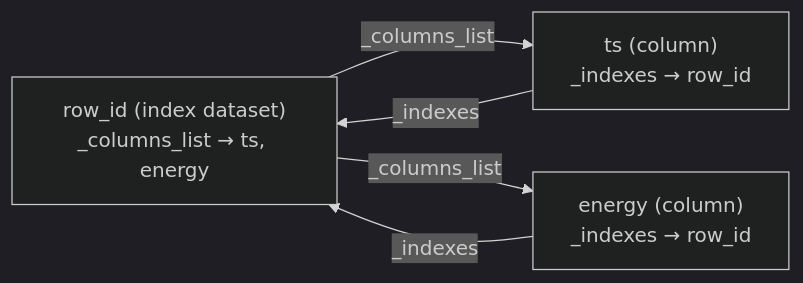
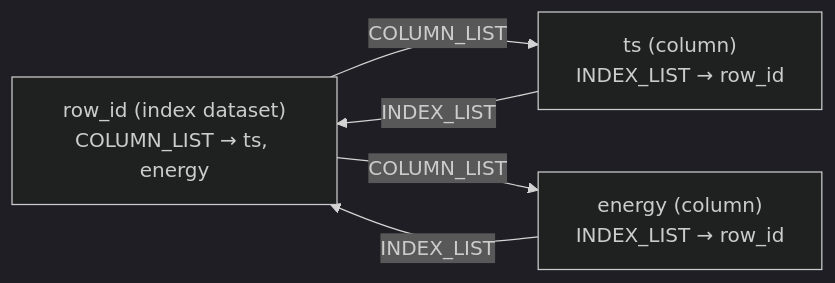
Before and after one commit to HDFAlliance/heps: the fifth of 7 diagrams in HEP001/index.md, drawn with Mermaid (dark theme). The commit also changed other lines of this file, not shown here.

````diff
--- a/HEP001/index.md
+++ b/HEP001/index.md
@@ -598,10 +714,10 @@
 ```{mermaid}
 graph LR
-  IX["row_id (index dataset)<br/>_columns_list &rarr; ts, energy"]
-  C1["ts (column)<br/>_indexes &rarr; row_id"]
-  C2["energy (column)<br/>_indexes &rarr; row_id"]
-  IX -->|"_columns_list"| C1
-  IX -->|"_columns_list"| C2
-  C1 -->|"_indexes"| IX
-  C2 -->|"_indexes"| IX
+  IX["row_id (index dataset)<br/>COLUMN_LIST &rarr; ts, energy"]
+  C1["ts (column)<br/>INDEX_LIST &rarr; row_id"]
+  C2["energy (column)<br/>INDEX_LIST &rarr; row_id"]
+  IX -->|"COLUMN_LIST"| C1
+  IX -->|"COLUMN_LIST"| C2
+  C1 -->|"INDEX_LIST"| IX
+  C2 -->|"INDEX_LIST"| IX
 ```
````
